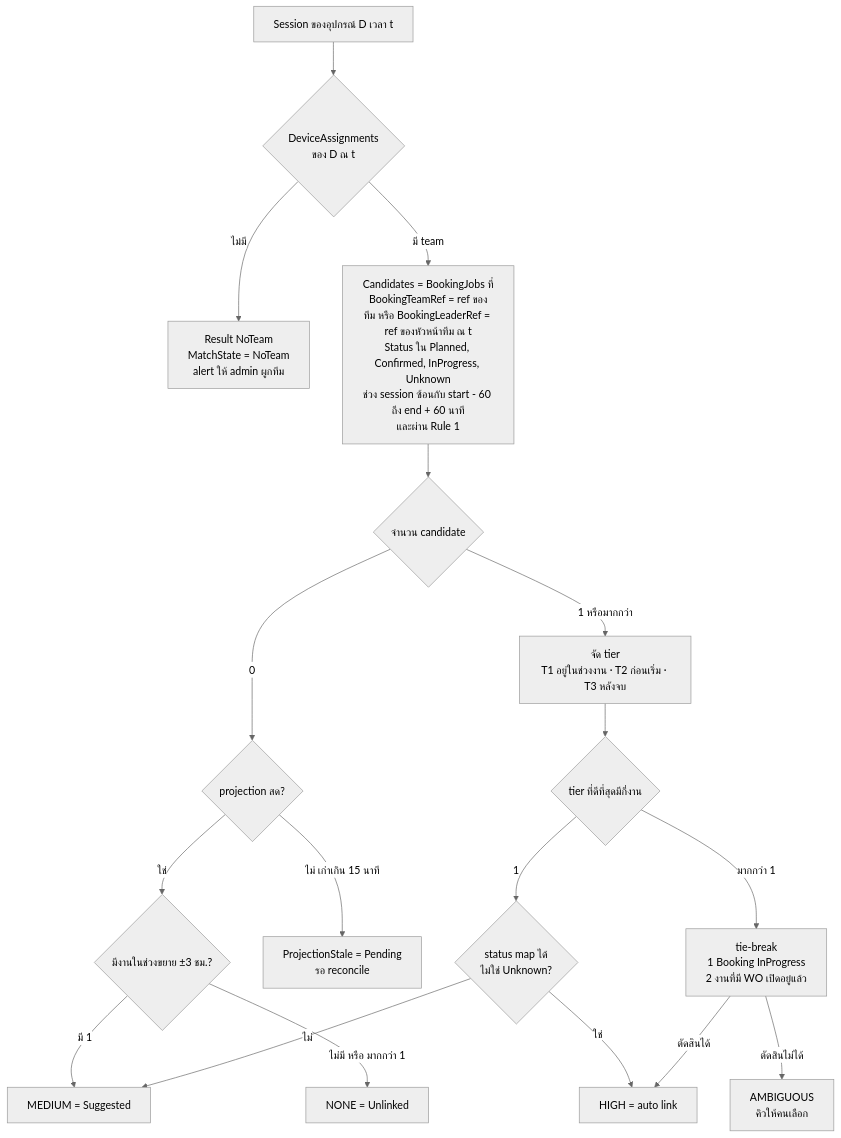
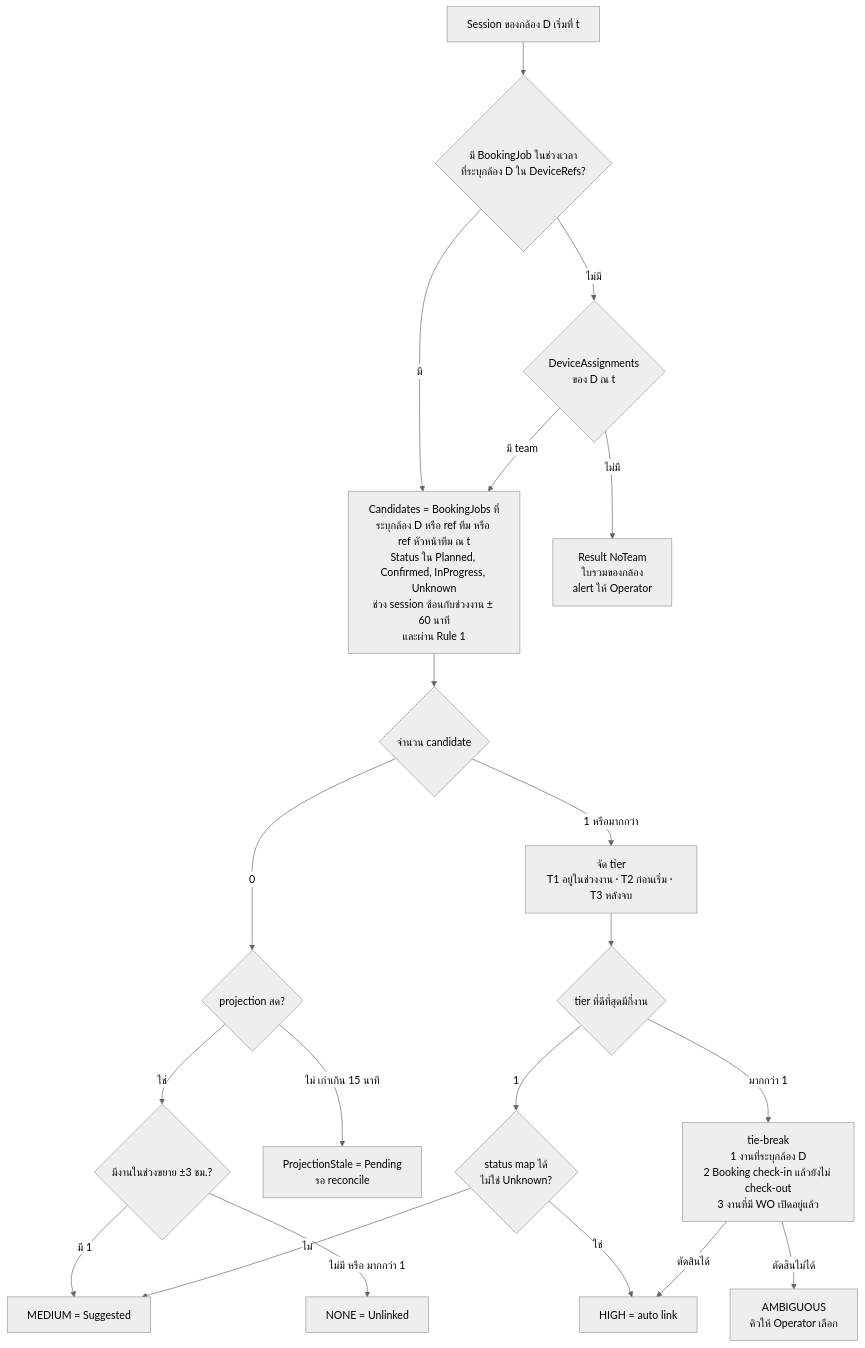
The fourth of 12 diagrams in docs/blueprint/03-business-workflows.md (b-werayut/psd-bodycam-v1.0), drawn with Mermaid (neutral theme) before and after one commit. The commit also changed other lines of this file and 8 other files, not shown here.

````diff
--- a/docs/blueprint/03-business-workflows.md
+++ b/docs/blueprint/03-business-workflows.md
@@ -126,20 +137,22 @@
 ```mermaid
 flowchart TB
-  S["Session ของอุปกรณ์ D เวลา t"] --> T{"DeviceAssignments<br/>ของ D ณ t"}
-  T -->|"ไม่มี"| NT["Result NoTeam<br/>MatchState = NoTeam<br/>alert ให้ admin ผูกทีม"]
-  T -->|"มี team"| C["Candidates = BookingJobs ที่<br/>BookingTeamRef = ref ของทีม หรือ BookingLeaderRef = ref ของหัวหน้าทีม ณ t<br/>Status ใน Planned, Confirmed, InProgress, Unknown<br/>ช่วง session ซ้อนกับ start - 60 ถึง end + 60 นาที<br/>และผ่าน Rule 1"]
+  S["Session ของกล้อง D เริ่มที่ t"] --> DR{"มี BookingJob ในช่วงเวลา<br/>ที่ระบุกล้อง D ใน DeviceRefs?"}
+  DR -->|"มี"| C
+  DR -->|"ไม่มี"| T{"DeviceAssignments<br/>ของ D ณ t"}
+  T -->|"ไม่มี"| NT["Result NoTeam<br/>ใบรวมของกล้อง<br/>alert ให้ Operator"]
+  T -->|"มี team"| C["Candidates = BookingJobs ที่<br/>ระบุกล้อง D หรือ ref ทีม หรือ ref หัวหน้าทีม ณ t<br/>Status ใน Planned, Confirmed, InProgress, Unknown<br/>ช่วง session ซ้อนกับช่วงงาน ± 60 นาที<br/>และผ่าน Rule 1"]
   C --> N{"จำนวน candidate"}
   N -->|"0"| X{"projection สด?"}
   X -->|"ใช่"| EXT{"มีงานในช่วงขยาย ±3 ชม.?"}
   EXT -->|"มี 1"| MED["MEDIUM = Suggested"]
   EXT -->|"ไม่มี หรือ มากกว่า 1"| NONE["NONE = Unlinked"]
   X -->|"ไม่ เก่าเกิน 15 นาที"| PEND["ProjectionStale = Pending<br/>รอ reconcile"]
   N -->|"1 หรือมากกว่า"| TIER["จัด tier<br/>T1 อยู่ในช่วงงาน · T2 ก่อนเริ่ม · T3 หลังจบ"]
   TIER --> BEST{"tier ที่ดีที่สุดมีกี่งาน"}
   BEST -->|"1"| HI{"status map ได้<br/>ไม่ใช่ Unknown?"}
   HI -->|"ใช่"| HIGH["HIGH = auto link"]
   HI -->|"ไม่"| MED
-  BEST -->|"มากกว่า 1"| TB["tie-break<br/>1 Booking InProgress<br/>2 งานที่มี WO เปิดอยู่แล้ว"]
+  BEST -->|"มากกว่า 1"| TB["tie-break<br/>1 งานที่ระบุกล้อง D<br/>2 Booking check-in แล้วยังไม่ check-out<br/>3 งานที่มี WO เปิดอยู่แล้ว"]
   TB -->|"ตัดสินได้"| HIGH
-  TB -->|"ตัดสินไม่ได้"| AMB["AMBIGUOUS<br/>คิวให้คนเลือก"]
+  TB -->|"ตัดสินไม่ได้"| AMB["AMBIGUOUS<br/>คิวให้ Operator เลือก"]
 ```
````
